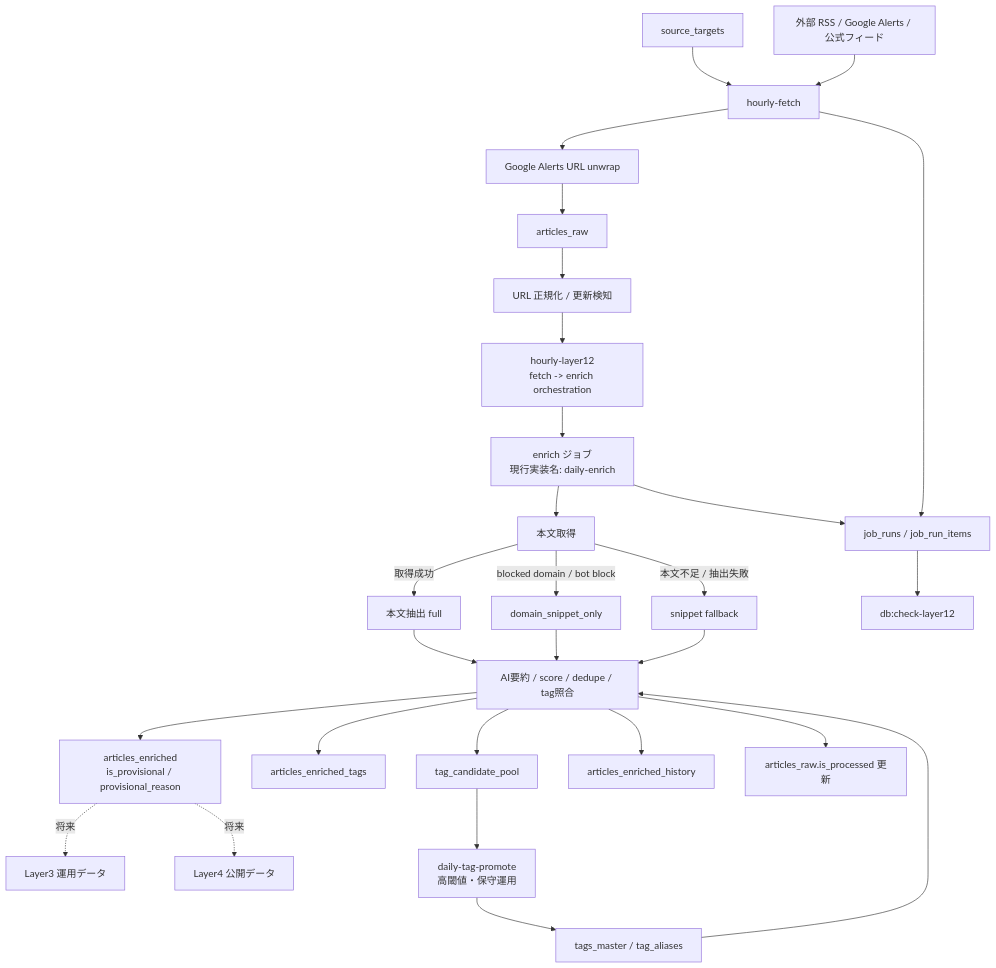
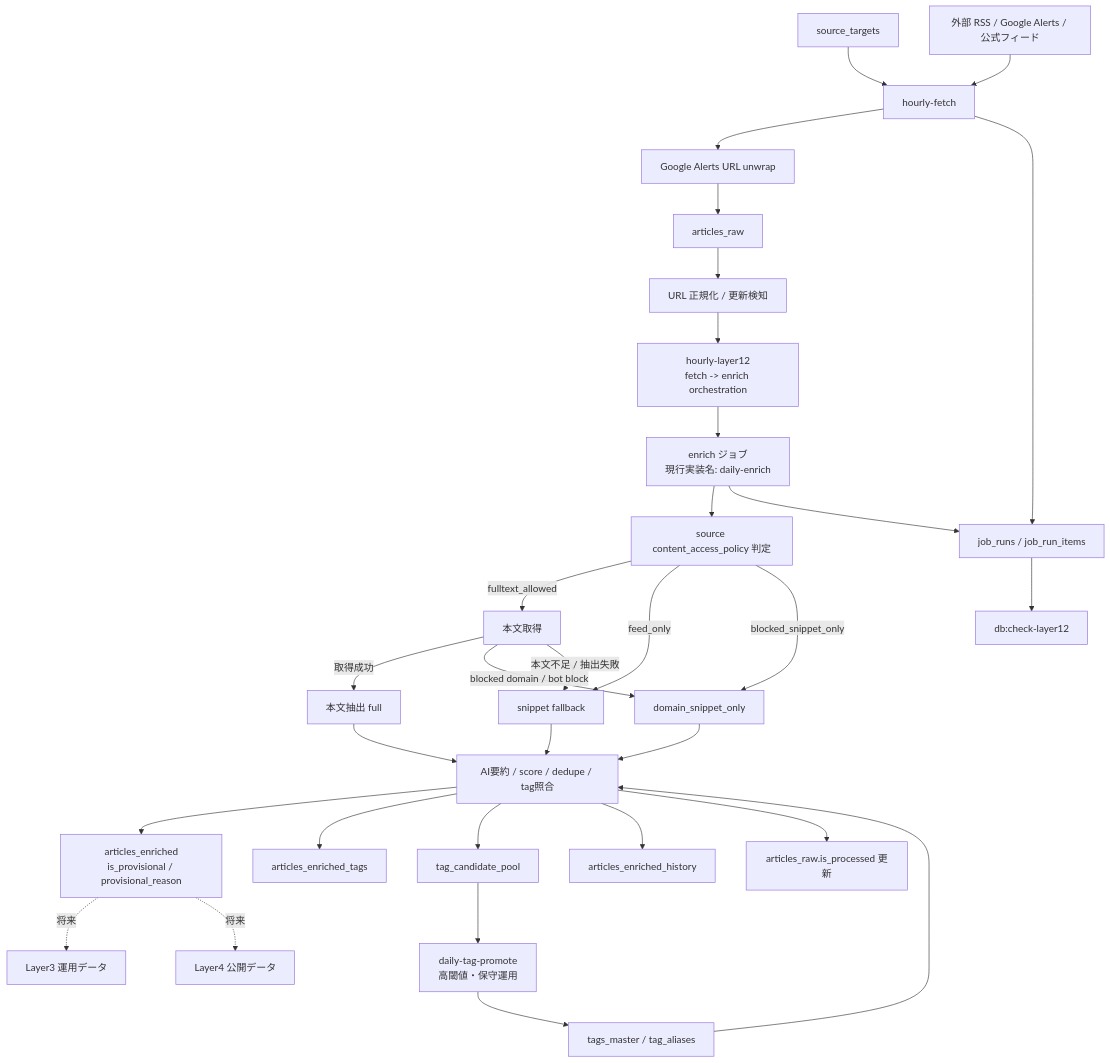
Before and after one commit to rohto4/ai-hub: the diagram in docs/memo/20260312_dataflow.md, drawn with Mermaid. The commit also changed other lines of this file and 15 other files, not shown here.

Commit message:
feat: enforce source content access policy

````diff
--- a/docs/memo/20260312_dataflow.md
+++ b/docs/memo/20260312_dataflow.md
@@ -27,39 +28,42 @@
 ```mermaid
 flowchart TB
     S["source_targets"] --> F["hourly-fetch"]
     X["外部 RSS / Google Alerts / 公式フィード"] --> F
 
     F --> U["Google Alerts URL unwrap"]
     U --> R["articles_raw"]
 
     R --> N["URL 正規化 / 更新検知"]
     N --> O["hourly-layer12<br/>fetch -> enrich orchestration"]
     O --> E["enrich ジョブ<br/>現行実装名: daily-enrich"]
 
-    E --> C["本文取得"]
+    E --> P0["source content_access_policy 判定"]
+    P0 -->|fulltext_allowed| C["本文取得"]
+    P0 -->|feed_only| SN["snippet fallback"]
+    P0 -->|blocked_snippet_only| DS["domain_snippet_only"]
     C -->|取得成功| P["本文抽出 full"]
-    C -->|blocked domain / bot block| DS["domain_snippet_only"]
-    C -->|本文不足 / 抽出失敗| SN["snippet fallback"]
+    C -->|blocked domain / bot block| DS
+    C -->|本文不足 / 抽出失敗| SN
 
     P --> A["AI要約 / score / dedupe / tag照合"]
     DS --> A
     SN --> A
 
     A --> L2["articles_enriched<br/>is_provisional / provisional_reason"]
     A --> T["articles_enriched_tags"]
     A --> TC["tag_candidate_pool"]
     A --> H["articles_enriched_history"]
     A --> RR["articles_raw.is_processed 更新"]
 
     F --> J["job_runs / job_run_items"]
     E --> J
 
     J --> K["db:check-layer12"]
 
     TC --> TP["daily-tag-promote<br/>高閾値・保守運用"]
     TP --> TM["tags_master / tag_aliases"]
     TM --> A
 
     L2 -. 将来 .-> L3["Layer3 運用データ"]
     L2 -. 将来 .-> L4["Layer4 公開データ"]
 ```
````
